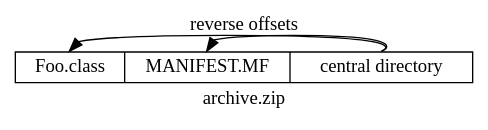
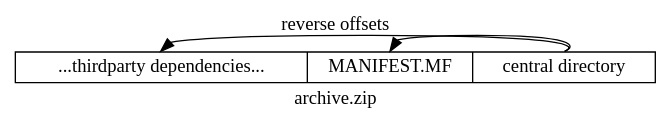
One commit to com-lihaoyi/mill changed the sixth of 7 diagrams in website/blog/modules/ROOT/pages/9-mill-faster-assembly-jars.adoc. Above: the diagram before and after it, drawn with Graphviz. The commit also changed other lines of this file, not shown here.

````diff
--- a/website/blog/modules/ROOT/pages/9-mill-faster-assembly-jars.adoc
+++ b/website/blog/modules/ROOT/pages/9-mill-faster-assembly-jars.adoc
@@ -491,9 +491,9 @@
 ```graphviz
 digraph G {
   label="archive.zip"
   node [shape=box width=0 height=0 style=filled fillcolor=white]
-  zip [shape=record label="<f0> Foo.class | <f1> MANIFEST.MF | <f2> central directory"]
+  zip [shape=record label="<f0> ...thirdparty dependencies... | <f1> MANIFEST.MF | <f2> central directory"]
   zip:f2:n -> zip:f1:n [label="reverse offsets"]
   zip:f2:n -> zip:f0:n
 }
 ```
````
